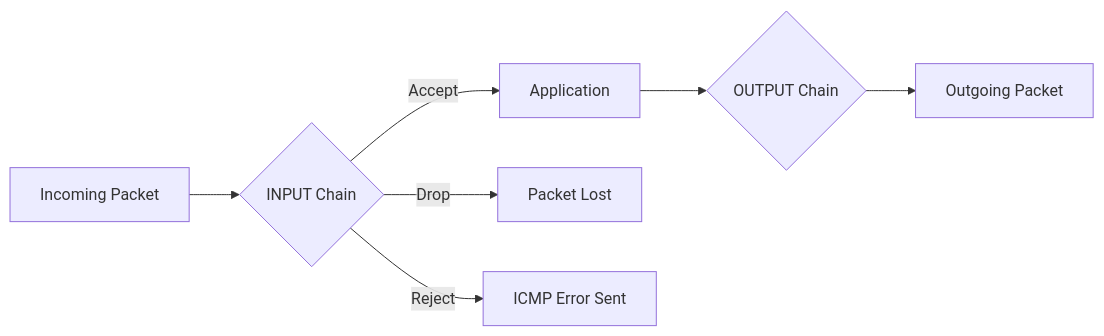
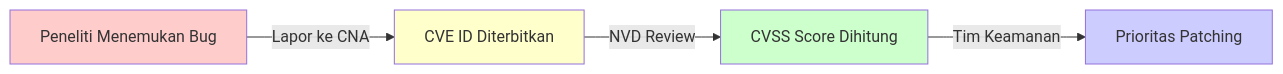
Before and after one commit to Muhammad-Ikhwan-Fathulloh/Network-Security-Course-Bank: the diagram in Pertemuan11.md, drawn with Mermaid. The commit also changed other lines of this file and 11 other files, not shown here.

````diff
--- a/Pertemuan11.md
+++ b/Pertemuan11.md
@@ -44,10 +98,11 @@
 ```mermaid
 graph LR
-    A[Incoming Packet] --> B{INPUT Chain}
-    B -->|Accept| C[Application]
-    B -->|Drop| D[Packet Lost]
-    B -->|Reject| E[ICMP Error Sent]
+    A[Peneliti Menemukan Bug] -->|Lapor ke CNA| B[CVE ID Diterbitkan]
+    B -->|NVD Review| C[CVSS Score Dihitung]
+    C -->|Tim Keamanan| D[Prioritas Patching]
     
-    C --> F{OUTPUT Chain}
-    F --> G[Outgoing Packet]
+    style A fill:#ffcccc
+    style B fill:#ffffcc
+    style C fill:#ccffcc
+    style D fill:#ccccff
 ```
````
